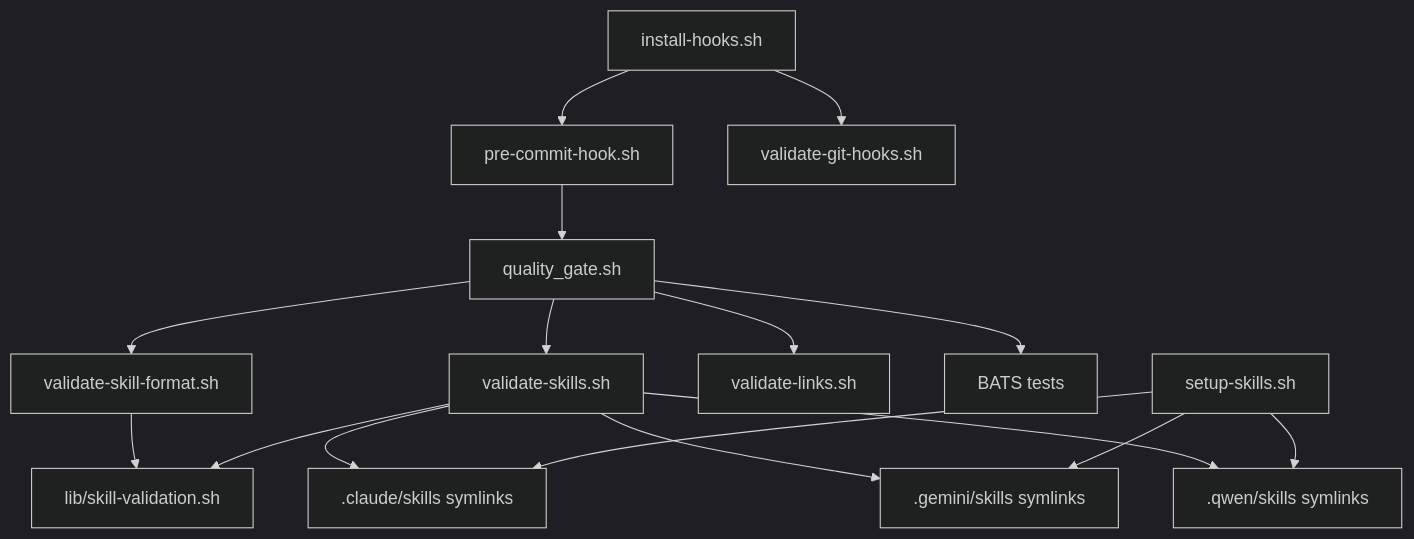
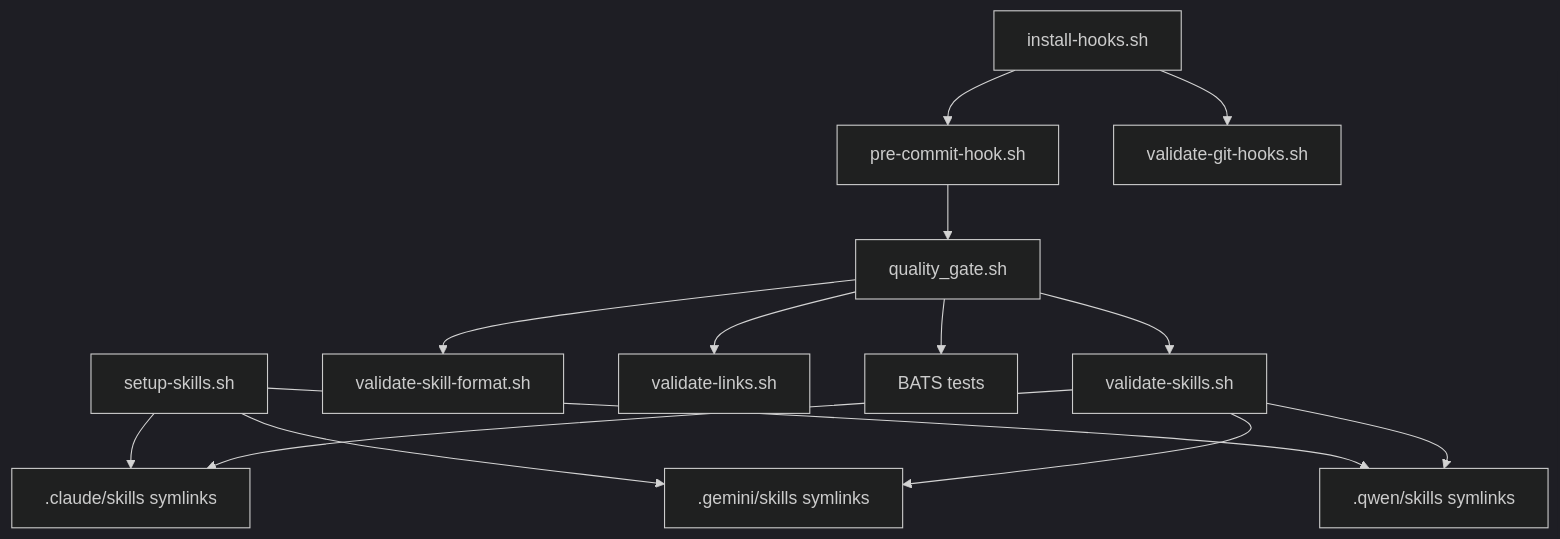
Before and after one commit to d-oit/do-knowledge-studio: the diagram in agents-docs/SCRIPTS.md, drawn with Mermaid (dark theme). The commit also changed other lines of this file and 7 other files, not shown here.

````diff
--- a/agents-docs/SCRIPTS.md
+++ b/agents-docs/SCRIPTS.md
@@ -75,18 +74,16 @@
 ```mermaid
 graph TD
     A[quality_gate.sh] --> B[validate-skills.sh]
     A --> C[validate-skill-format.sh]
     A --> D[validate-links.sh]
     A --> E[BATS tests]
-    B --> F[lib/skill-validation.sh]
-    C --> F
     G[install-hooks.sh] --> H[pre-commit-hook.sh]
     G --> I[validate-git-hooks.sh]
     H --> A
     J[setup-skills.sh] --> K[.claude/skills symlinks]
     J --> L[.gemini/skills symlinks]
     J --> M[.qwen/skills symlinks]
     B --> K
     B --> L
     B --> M
 ```
````
